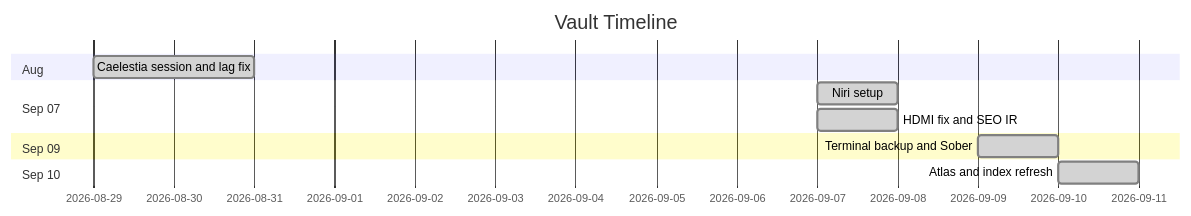
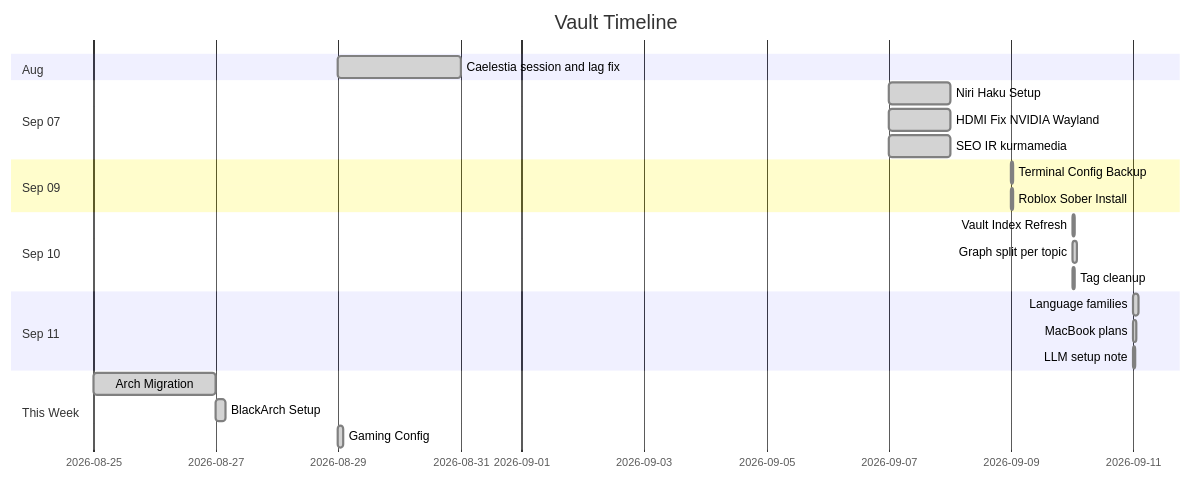
One commit to 444Nazky/My-Vault changed the fifth of 9 diagrams in Graphs/Vault-Overview.md. Above: the diagram before and after it, drawn with Mermaid. The commit also changed other lines of this file and 15 other files, not shown here.

````diff
--- a/Graphs/Vault-Overview.md
+++ b/Graphs/Vault-Overview.md
@@ -72,14 +100,27 @@
 ```mermaid
+%%{init: {'theme': 'default', 'themeVariables': { 'primaryColor': '#2D9CDB', 'secondaryColor': '#27AE60', 'tertiaryColor': '#F2C94C', 'lineColor': '#2D9CDB'}}}%%
 gantt
  dateFormat YYYY-MM-DD
  title Vault Timeline
  section Aug
  Caelestia session and lag fix :done, 2026-08-29, 2d
  section Sep 07
- Niri setup :done, 2026-09-07, 1d
- HDMI fix and SEO IR :done, 2026-09-07, 1d
+ Niri Haku Setup :done, 2026-09-07, 1d
+ HDMI Fix NVIDIA Wayland :done, 2026-09-07, 1d
+ SEO IR kurmamedia :done, 2026-09-07, 1d
  section Sep 09
- Terminal backup and Sober :done, 2026-09-09, 1d
+ Terminal Config Backup :done, 2026-09-09, 1h
+ Roblox Sober Install :done, 2026-09-09, 1h
  section Sep 10
- Atlas and index refresh :done, 2026-09-10, 1d
+ Vault Index Refresh :done, 2026-09-10, 1h
+ Graph split per topic :done, 2026-09-10, 2h
+ Tag cleanup :done, 2026-09-10, 1h
+ section Sep 11
+ Language families :done, 2026-09-11, 2h
+ MacBook plans :done, 2026-09-11, 1h
+ LLM setup note :done, 2026-09-11, 30m
+ section This Week
+ Arch Migration :done, 2026-08-25, 2d
+ BlackArch Setup :done, 2026-08-27, 4h
+ Gaming Config :done, 2026-08-29, 2h
 ```
````
